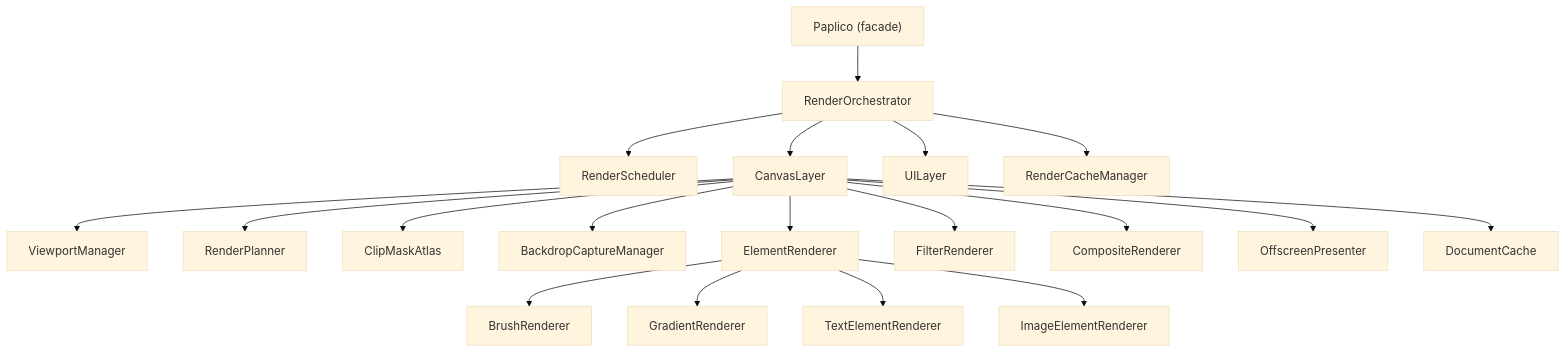
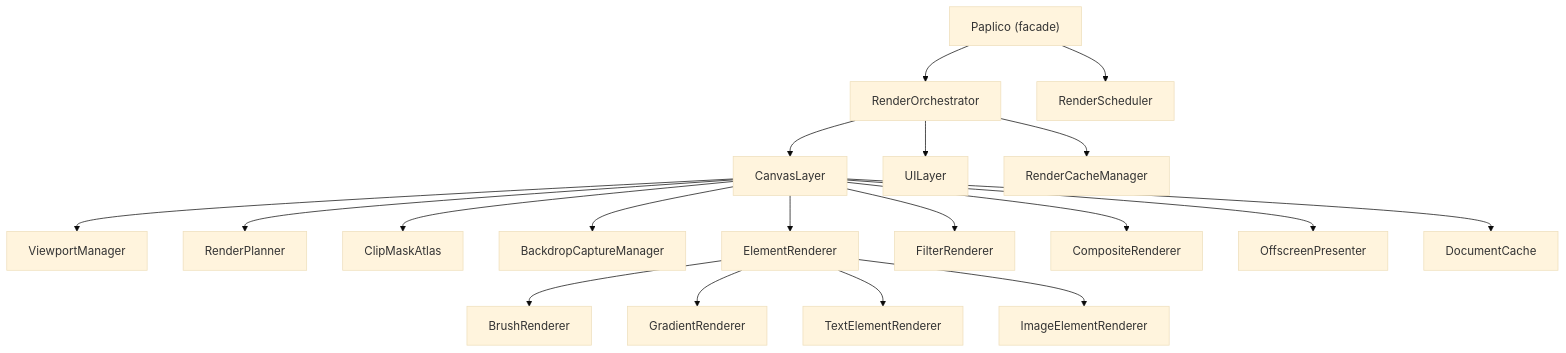
One commit to hanakla/paplico changed the first of 2 diagrams in pkgs/web/src/app/devdocs/renderer/page.mdx. Above: the diagram before and after it, drawn with Mermaid (base theme). The commit also changed other lines of this file and 37 other files, not shown here.

````diff
--- a/pkgs/web/src/app/devdocs/renderer/page.mdx
+++ b/pkgs/web/src/app/devdocs/renderer/page.mdx
@@ -233,21 +235,21 @@
 ```mermaid
 graph TD
     P["Paplico (facade)"] --> RO[RenderOrchestrator]
-    RO --> RS[RenderScheduler]
+    P --> RS[RenderScheduler]
     RO --> CL[CanvasLayer]
     RO --> UI[UILayer]
     RO --> RCM[RenderCacheManager]
     CL --> VM[ViewportManager]
     CL --> RP[RenderPlanner]
     CL --> CMA[ClipMaskAtlas]
     CL --> BCM[BackdropCaptureManager]
     CL --> ER[ElementRenderer]
     CL --> FR[FilterRenderer]
     CL --> CR[CompositeRenderer]
     CL --> OP[OffscreenPresenter]
     CL --> DC[DocumentCache]
     ER --> BR[BrushRenderer]
     ER --> GR[GradientRenderer]
     ER --> TER[TextElementRenderer]
     ER --> IER[ImageElementRenderer]
 ```
````
